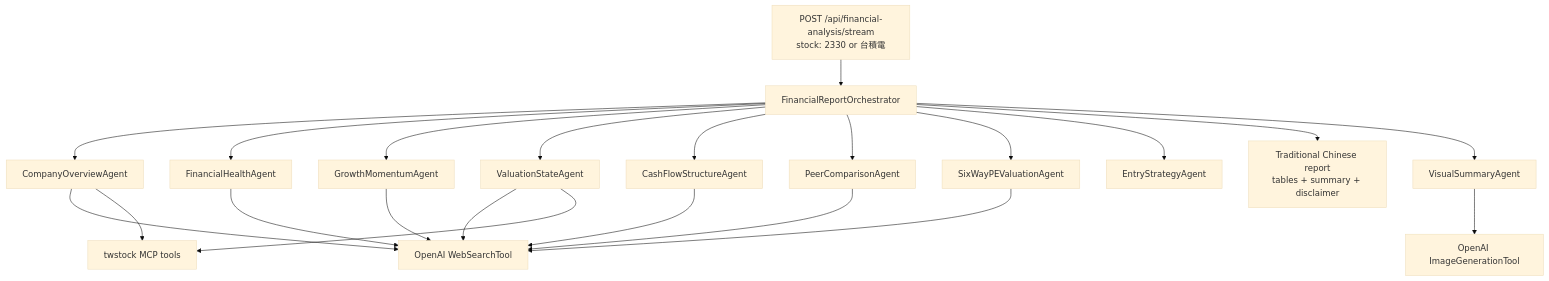
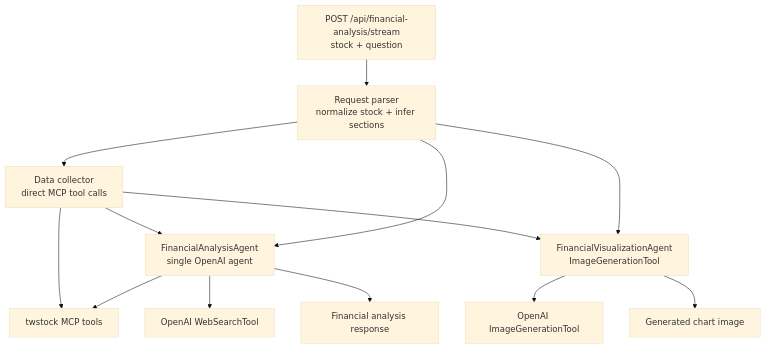
One commit to CJsGit-tech/TWStock-Agents changed the second of 4 diagrams in docs/CURRENT_ARCHITECTURE.md. Above: the diagram before and after it, drawn with Mermaid (base theme). The commit also changed other lines of this file and 16 other files, not shown here.

Commit message:
Simplify financial analysis workflow

````diff
--- a/docs/CURRENT_ARCHITECTURE.md
+++ b/docs/CURRENT_ARCHITECTURE.md
@@ -55,42 +72,27 @@
 ```mermaid
 flowchart TB
-    request[POST /api/financial-analysis/stream<br/>stock: 2330 or 台積電]
-    orchestrator[FinancialReportOrchestrator]
-
-    company[CompanyOverviewAgent]
-    health[FinancialHealthAgent]
-    growth[GrowthMomentumAgent]
-    valuation[ValuationStateAgent]
-    cashflow[CashFlowStructureAgent]
-    peers[PeerComparisonAgent]
-    sixway[SixWayPEValuationAgent]
-    entry[EntryStrategyAgent]
-    visual[VisualSummaryAgent]
+    request[POST /api/financial-analysis/stream<br/>stock + question]
+    parser[Request parser<br/>normalize stock + infer sections]
+    collector[Data collector<br/>direct MCP tool calls]
+    analyst[FinancialAnalysisAgent<br/>single OpenAI agent]
+    visual[FinancialVisualizationAgent<br/>ImageGenerationTool]
 
     websearch[OpenAI WebSearchTool]
     imagegen[OpenAI ImageGenerationTool]
     mcp[twstock MCP tools]
-    final[Traditional Chinese report<br/>tables + summary + disclaimer]
+    final[Financial analysis response]
+    image[Generated chart image]
 
-    request --> orchestrator
-    orchestrator --> company
-    orchestrator --> health
-    orchestrator --> growth
-    orchestrator --> valuation
-    orchestrator --> cashflow
-    orchestrator --> peers
-    orchestrator --> sixway
-    company --> websearch
-    company --> mcp
-    health --> websearch
-    growth --> websearch
-    valuation --> websearch
-    valuation --> mcp
-    cashflow --> websearch
-    peers --> websearch
-    sixway --> websearch
-    orchestrator --> entry
-    orchestrator --> final
-    orchestrator --> visual
+    request --> parser
+    parser --> collector
+    collector --> mcp
+    collector --> analyst
+    parser --> analyst
+    analyst --> websearch
+    analyst --> mcp
+    analyst --> final
+    collector --> visual
+    parser --> visual
     visual --> imagegen
+    visual --> image
 ```
````
